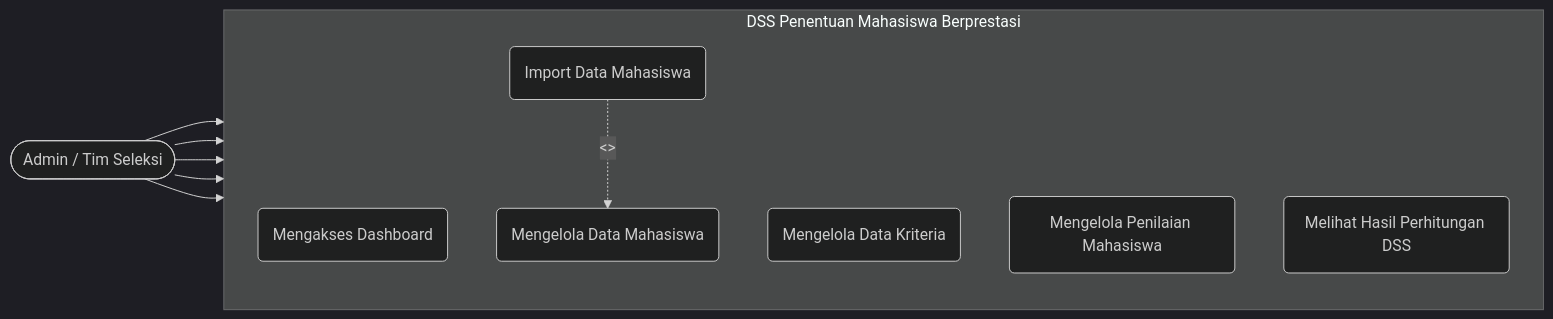
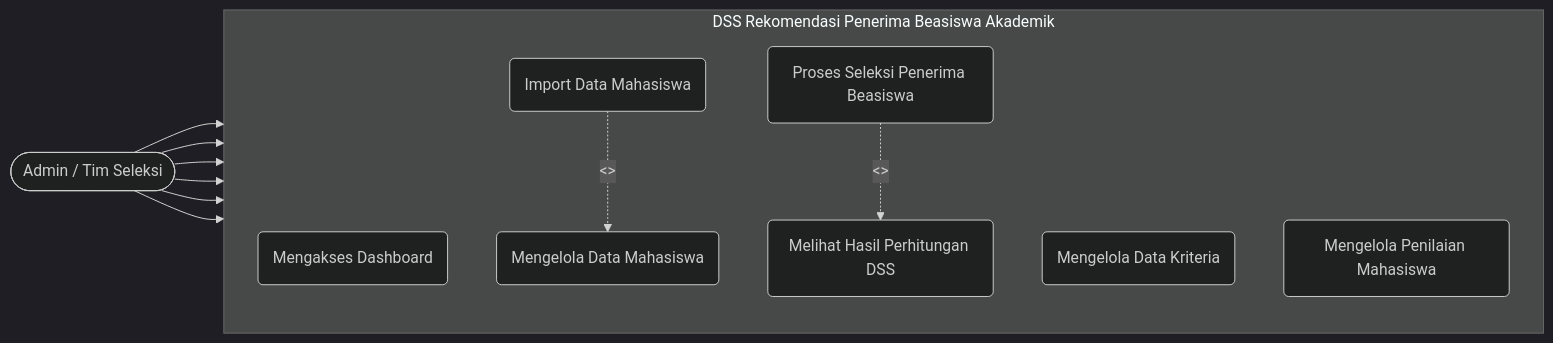
One commit to pujo698/tugas-spk changed the diagram in rancangan_sistem/use_case.md. Above: the diagram before and after it, drawn with Mermaid (dark theme). The commit also changed other lines of this file and 15 other files, not shown here.

Commit message:
docs: update documentation to reflect DSS Rekomendasi Penerima Beasiswa Akademik

````diff
--- a/rancangan_sistem/use_case.md
+++ b/rancangan_sistem/use_case.md
@@ -27,22 +29,25 @@
 ```mermaid
 flowchart LR
     Admin([Admin / Tim Seleksi])
 
-    subgraph Sistem["DSS Penentuan Mahasiswa Berprestasi"]
+    subgraph Sistem["DSS Rekomendasi Penerima Beasiswa Akademik"]
         direction TB
         UC1(Mengakses Dashboard)
         UC2(Mengelola Data Mahasiswa)
         UC2A(Import Data Mahasiswa)
         UC3(Mengelola Data Kriteria)
         UC4(Mengelola Penilaian Mahasiswa)
         UC5(Melihat Hasil Perhitungan DSS)
+        UC6(Proses Seleksi Penerima Beasiswa)
     end
 
     Admin --> UC1
     Admin --> UC2
     Admin --> UC3
     Admin --> UC4
     Admin --> UC5
+    Admin --> UC6
 
     UC2A -. "<<extend>>" .-> UC2
+    UC6 -. "<<include>>" .-> UC5
 ```
````
